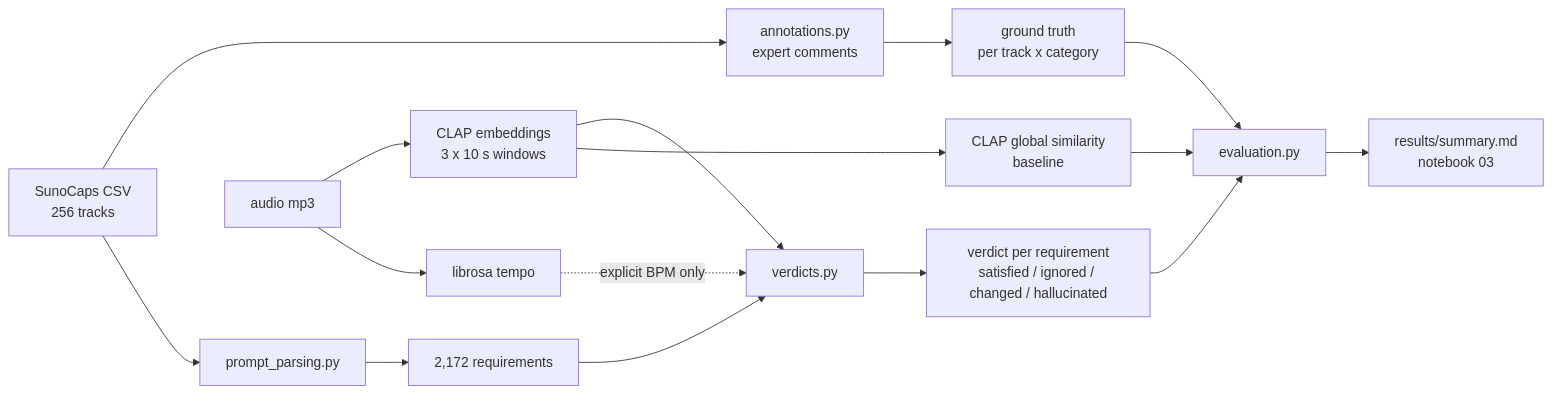
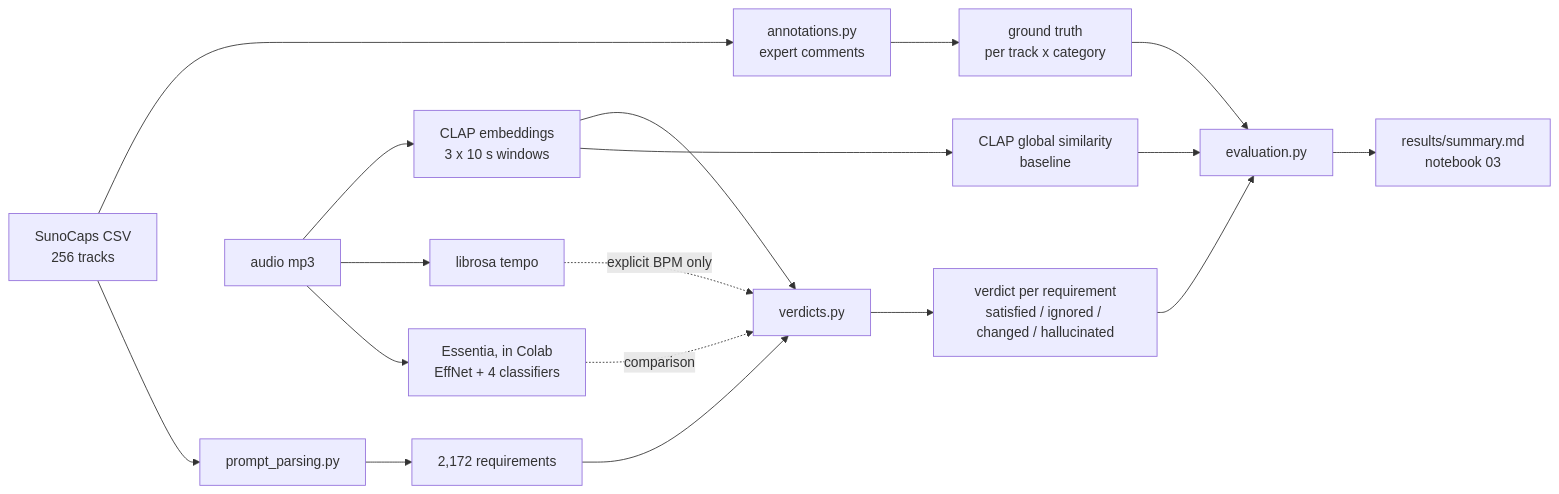
Before and after one commit to khimiakk/ai-music-validator: the diagram in docs/midterm_status.md, drawn with Mermaid. The commit also changed other lines of this file and 11 other files, not shown here.

````diff
--- a/docs/midterm_status.md
+++ b/docs/midterm_status.md
@@ -37,18 +37,20 @@
 ```mermaid
 flowchart LR
     csv[SunoCaps CSV<br/>256 tracks] --> ann[annotations.py<br/>expert comments]
     ann --> gt[ground truth<br/>per track x category]
     csv --> parse[prompt_parsing.py]
     parse --> req[2,172 requirements]
     mp3[audio mp3] --> clap[CLAP embeddings<br/>3 x 10 s windows]
     mp3 --> lib[librosa tempo]
+    mp3 --> ess[Essentia, in Colab<br/>EffNet + 4 classifiers]
     req --> ver[verdicts.py]
     clap --> ver
+    ess -. comparison .-> ver
     lib -. explicit BPM only .-> ver
     ver --> out[verdict per requirement<br/>satisfied / ignored / changed / hallucinated]
     out --> ev[evaluation.py]
     gt --> ev
     clap --> base[CLAP global similarity<br/>baseline]
     base --> ev
     ev --> res[results/summary.md<br/>notebook 03]
 ```
````
